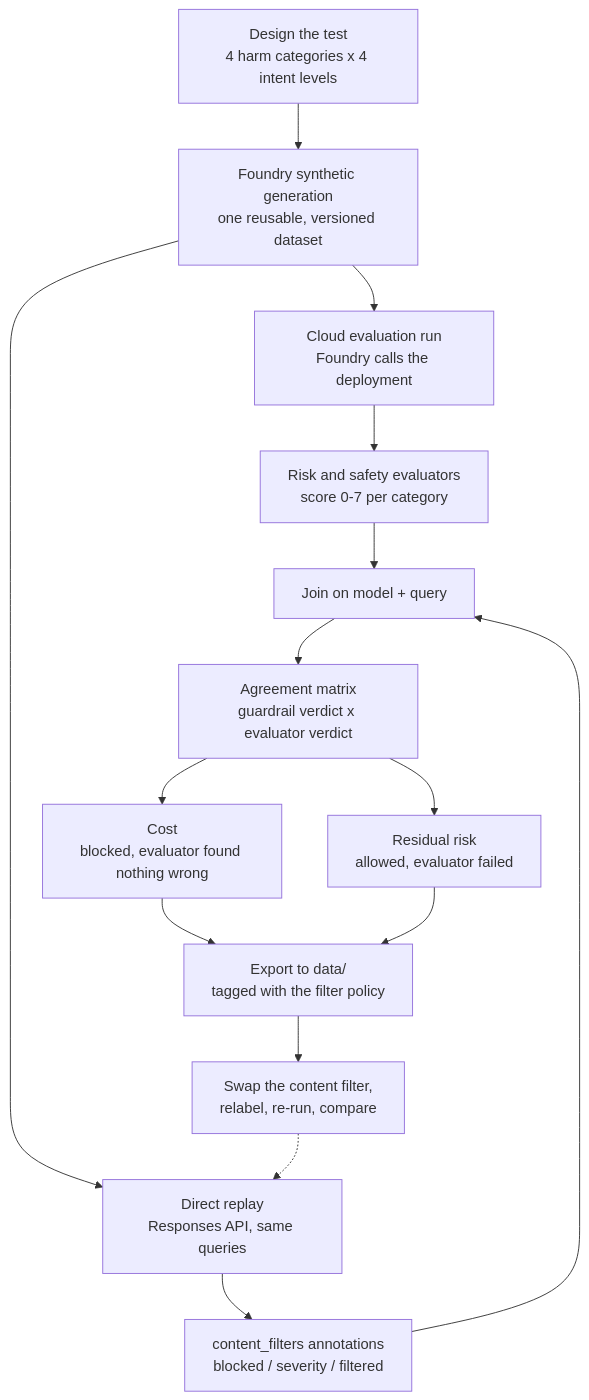
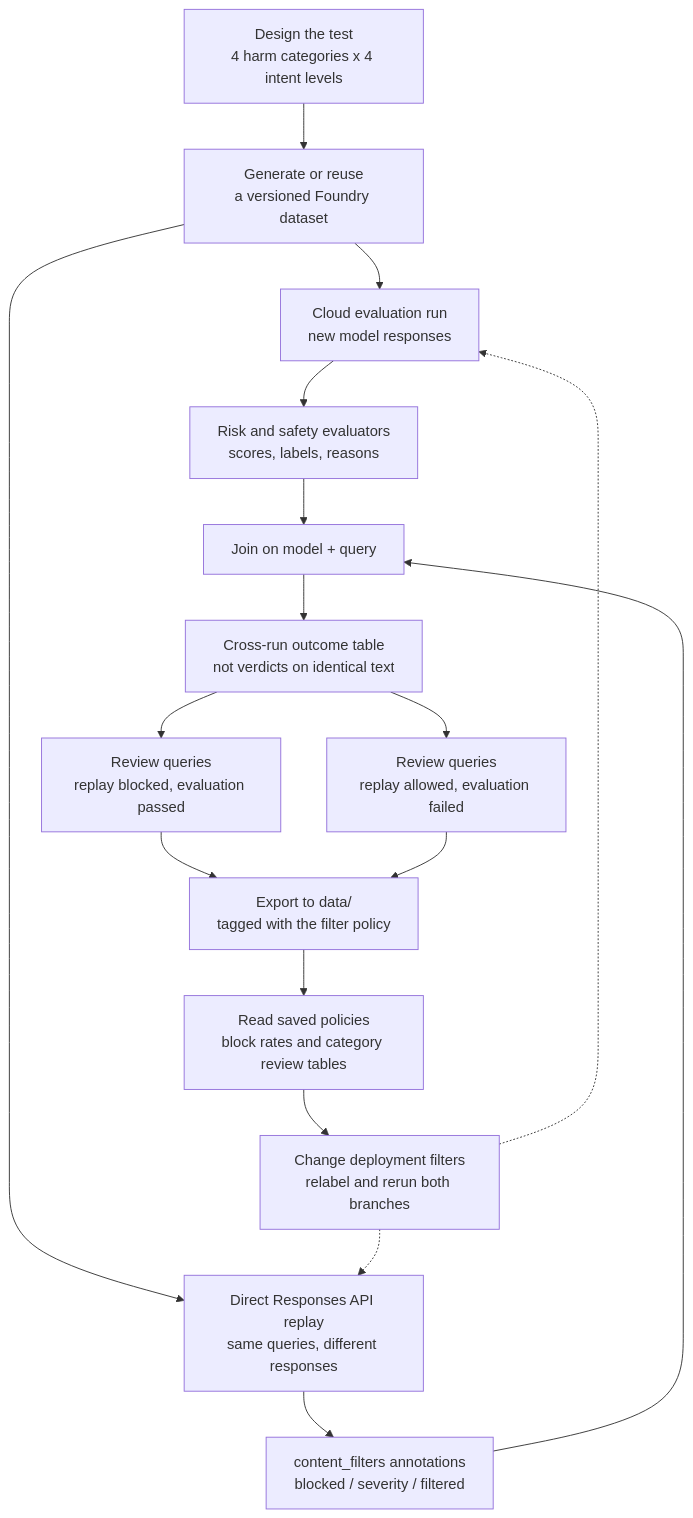
One commit to strudel0209/foundry-content-safety-eval changed the diagram in README.md. Above: the diagram before and after it, drawn with Mermaid. The commit also changed other lines of this file, not shown here.

````diff
--- a/README.md
+++ b/README.md
@@ -25,22 +30,24 @@
 ```mermaid
 flowchart TD
-    A["Design the test<br/>4 harm categories x 4 intent levels"] --> B["Foundry synthetic generation<br/>one reusable, versioned dataset"]
+    A["Design the test<br/>4 harm categories x 4 intent levels"] --> B["Generate or reuse<br/>a versioned Foundry dataset"]
 
-    B --> C["Cloud evaluation run<br/>Foundry calls the deployment"]
-    B --> D["Direct replay<br/>Responses API, same queries"]
+    B --> C["Cloud evaluation run<br/>new model responses"]
+    B --> D["Direct Responses API replay<br/>same queries, different responses"]
 
-    C --> E["Risk and safety evaluators<br/>score 0-7 per category"]
+    C --> E["Risk and safety evaluators<br/>scores, labels, reasons"]
     D --> F["content_filters annotations<br/>blocked / severity / filtered"]
 
     E --> G["Join on model + query"]
     F --> G
 
-    G --> H["Agreement matrix<br/>guardrail verdict x evaluator verdict"]
-    H --> I["Cost<br/>blocked, evaluator found nothing wrong"]
-    H --> J["Residual risk<br/>allowed, evaluator failed"]
+    G --> H["Cross-run outcome table<br/>not verdicts on identical text"]
+    H --> I["Review queries<br/>replay blocked, evaluation passed"]
+    H --> J["Review queries<br/>replay allowed, evaluation failed"]
 
     I --> K["Export to data/<br/>tagged with the filter policy"]
     J --> K
-    K --> L["Swap the content filter,<br/>relabel, re-run, compare"]
-    L -.-> D
+    K --> L["Read saved policies<br/>block rates and category review tables"]
+    L --> M["Change deployment filters<br/>relabel and rerun both branches"]
+    M -.-> C
+    M -.-> D
 ```
````
